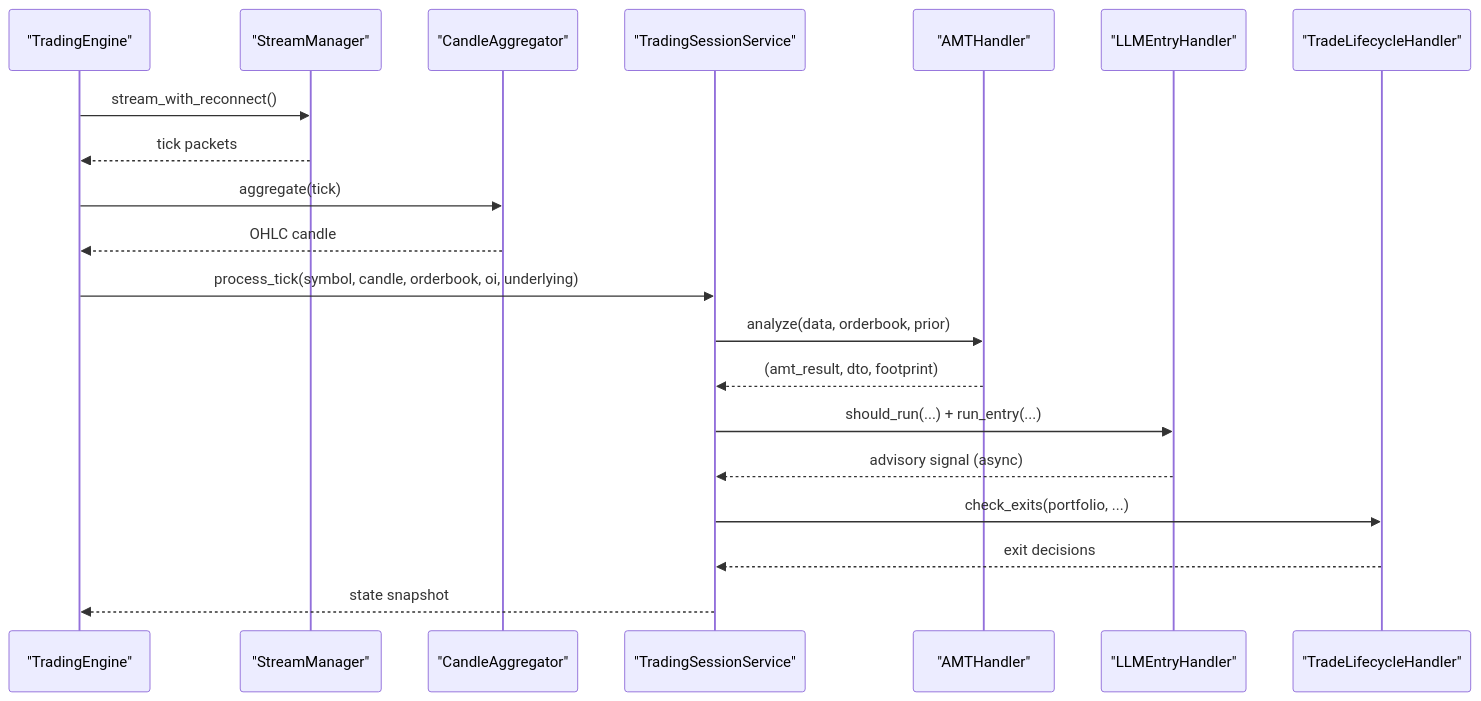
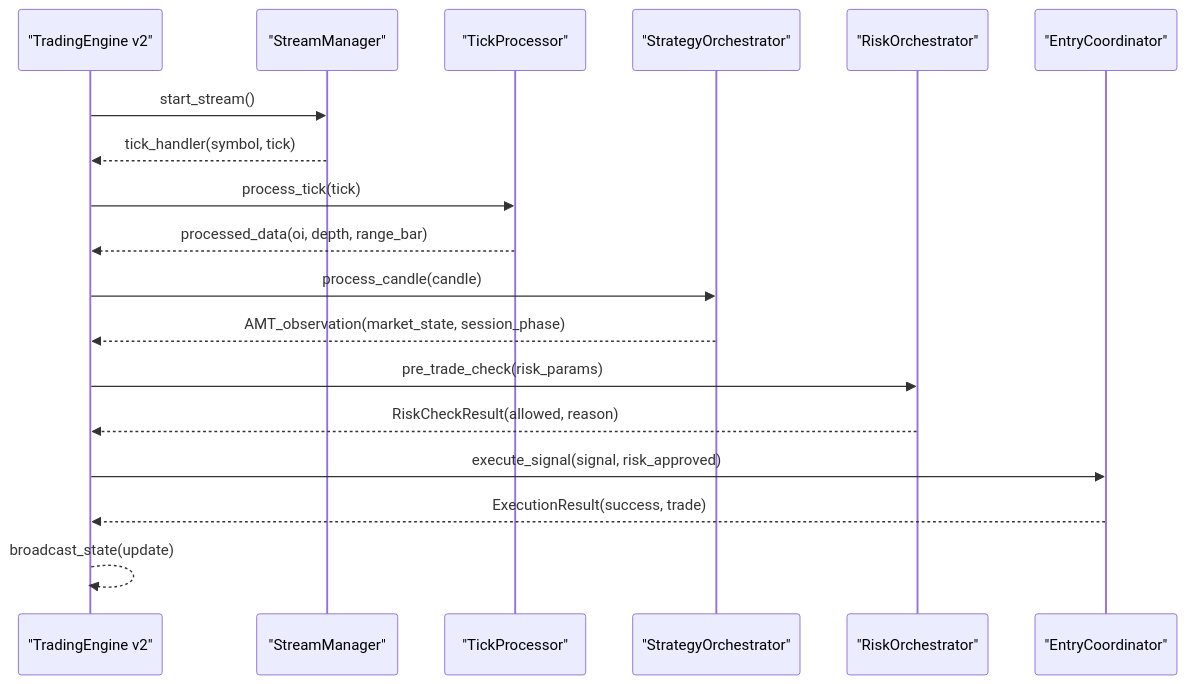
Before and after one commit to gemrajkhatry-maker/v5-of-glassytrade-ai: the second of 4 diagrams in .qoder/repowiki/en/content/Architecture Deep Dive/Clean Architecture Layers/Application Layer/Application Layer.md, drawn with Mermaid. The commit also changed other lines of this file and 930 other files, not shown here.

````diff
--- a/.qoder/repowiki/en/content/Architecture Deep Dive/Clean Architecture Layers/Application Layer/Application Layer.md
+++ b/.qoder/repowiki/en/content/Architecture Deep Dive/Clean Architecture Layers/Application Layer/Application Layer.md
@@ -124,22 +378,20 @@
 ```mermaid
 sequenceDiagram
-participant Engine as "TradingEngine"
+participant Engine as "TradingEngine v2"
 participant SM as "StreamManager"
-participant Agg as "CandleAggregator"
-participant TSS as "TradingSessionService"
-participant AMT as "AMTHandler"
-participant LLM as "LLMEntryHandler"
-participant TLH as "TradeLifecycleHandler"
-Engine->>SM : stream_with_reconnect()
-SM-->>Engine : tick packets
-Engine->>Agg : aggregate(tick)
-Agg-->>Engine : OHLC candle
-Engine->>TSS : process_tick(symbol, candle, orderbook, oi, underlying)
-TSS->>AMT : analyze(data, orderbook, prior)
-AMT-->>TSS : (amt_result, dto, footprint)
-TSS->>LLM : should_run(...) + run_entry(...)
-LLM-->>TSS : advisory signal (async)
-TSS->>TLH : check_exits(portfolio, ...)
-TLH-->>TSS : exit decisions
-TSS-->>Engine : state snapshot
+participant TP as "TickProcessor"
+participant SO as "StrategyOrchestrator"
+participant RO as "RiskOrchestrator"
+participant EC as "EntryCoordinator"
+Engine->>SM : start_stream()
+SM-->>Engine : tick_handler(symbol, tick)
+Engine->>TP : process_tick(tick)
+TP-->>Engine : processed_data(oi, depth, range_bar)
+Engine->>SO : process_candle(candle)
+SO-->>Engine : AMT_observation(market_state, session_phase)
+Engine->>RO : pre_trade_check(risk_params)
+RO-->>Engine : RiskCheckResult(allowed, reason)
+Engine->>EC : execute_signal(signal, risk_approved)
+EC-->>Engine : ExecutionResult(success, trade)
+Engine-->>Engine : broadcast_state(update)
 ```
````
